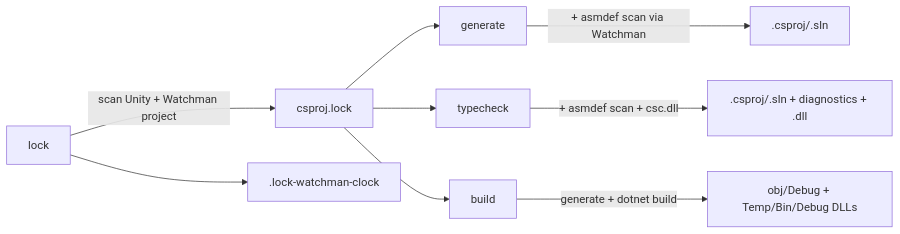
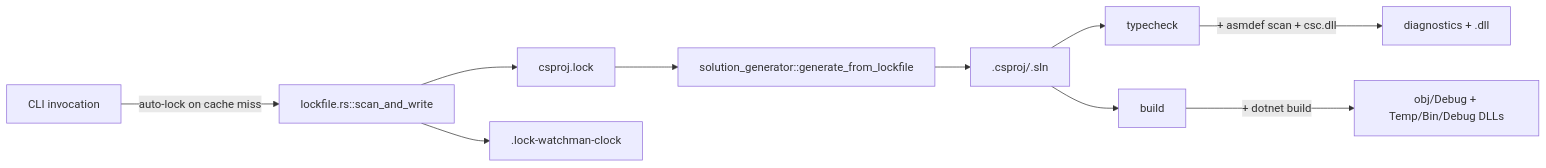
The first of 2 diagrams in docs/architecture.md (studio-boxcat/unity-solution-generator), drawn with Mermaid before and after one commit. The commit also changed other lines of this file and 6 other files, not shown here.

First line of the commit message:
cli: drop standalone `lock` and `generate` subcommands

````diff
--- a/docs/architecture.md
+++ b/docs/architecture.md
@@ -70,11 +70,12 @@
 ```mermaid
 graph LR
-    A[lock] -->|scan Unity + Watchman project| B[csproj.lock]
-    A --> CLK[.lock-watchman-clock]
-    B --> C[generate]
-    B --> T[typecheck]
-    B --> X[build]
-    C -->|+ asmdef scan via Watchman| D[.csproj/.sln]
-    T -->|+ asmdef scan + csc.dll| E[.csproj/.sln + diagnostics + .dll]
-    X -->|generate + dotnet build| F[obj/Debug + Temp/Bin/Debug DLLs]
+    inv[CLI invocation] -->|auto-lock on cache miss| L[lockfile.rs::scan_and_write]
+    L --> B[csproj.lock]
+    L --> CLK[.lock-watchman-clock]
+    B --> R[solution_generator::generate_from_lockfile]
+    R --> D[.csproj/.sln]
+    D --> T[typecheck]
+    D --> X[build]
+    T -->|+ asmdef scan + csc.dll| E[diagnostics + .dll]
+    X -->|+ dotnet build| F[obj/Debug + Temp/Bin/Debug DLLs]
 ```
````
